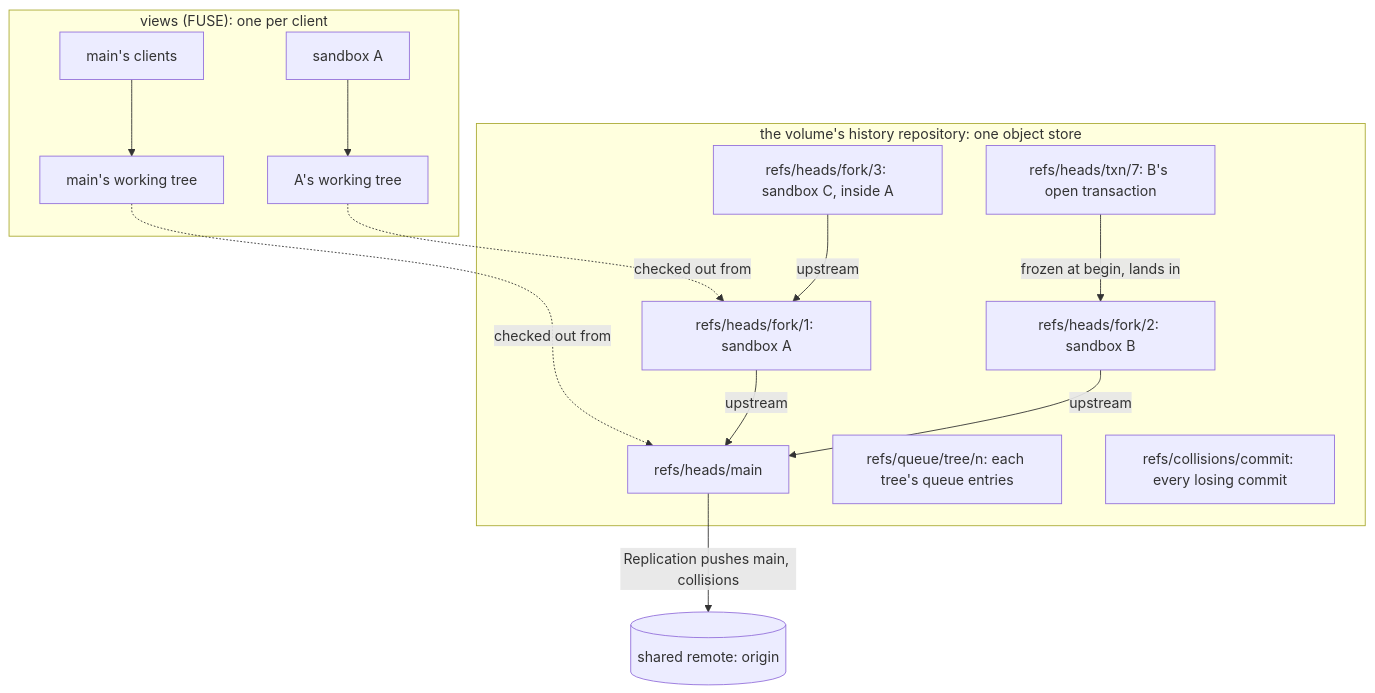
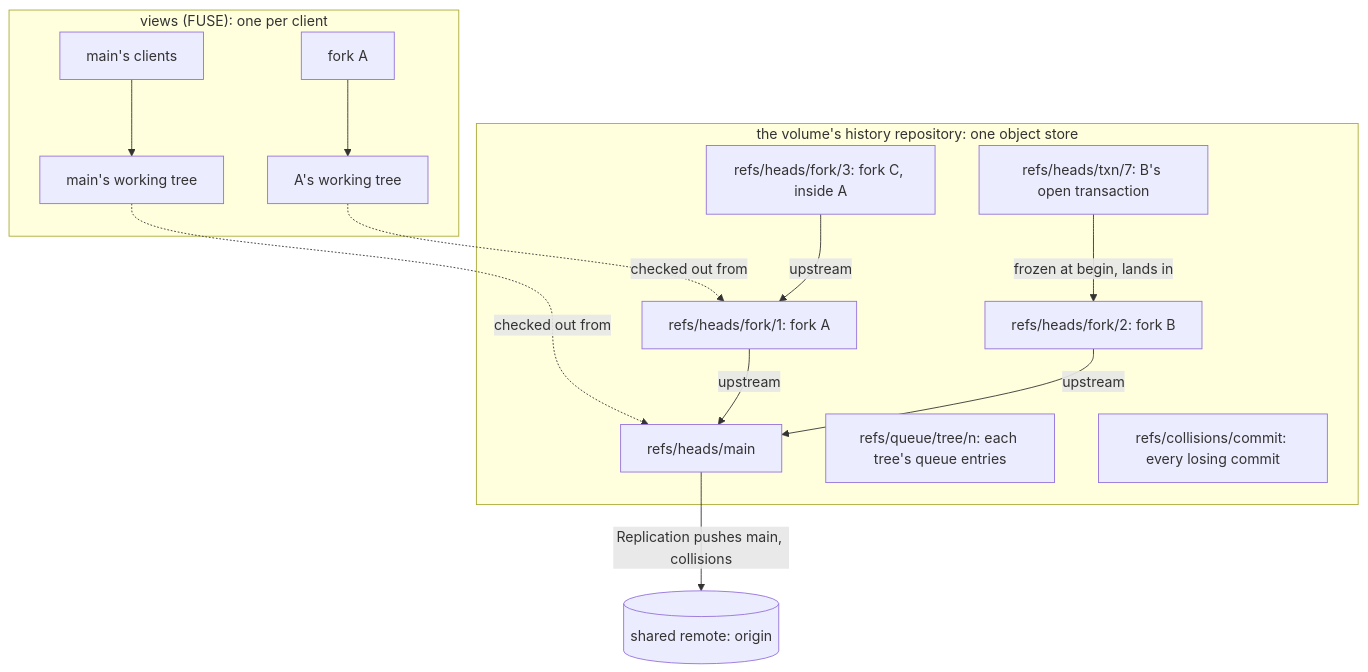
Before and after one commit to mcurcio/agentfs: the first of 7 diagrams in docs/target-architecture/git-model.md, drawn with Mermaid. The commit also changed other lines of this file and 25 other files, not shown here.

First line of the commit message:
docs(target-architecture): use upstream/fork and record owner answers

````diff
--- a/docs/target-architecture/git-model.md
+++ b/docs/target-architecture/git-model.md
@@ -45,23 +45,23 @@
 ```mermaid
 flowchart TB
   subgraph R["the volume's history repository: one object store"]
     M["refs/heads/main"]
-    F1["refs/heads/fork/1: sandbox A"]
-    F2["refs/heads/fork/2: sandbox B"]
-    F3["refs/heads/fork/3: sandbox C, inside A"]
+    F1["refs/heads/fork/1: fork A"]
+    F2["refs/heads/fork/2: fork B"]
+    F3["refs/heads/fork/3: fork C, inside A"]
     T7["refs/heads/txn/7: B's open transaction"]
     Q["refs/queue/tree/n: each tree's queue entries"]
     X["refs/collisions/commit: every losing commit"]
   end
   F1 -- "upstream" --> M
   F2 -- "upstream" --> M
   F3 -- "upstream" --> F1
   T7 -- "frozen at begin, lands in" --> F2
   M -- "Replication pushes main, collisions" --> O[("shared remote: origin")]
   subgraph V["views (FUSE): one per client"]
     VM["main's clients"] --> WM["main's working tree"]
-    VA["sandbox A"] --> WA["A's working tree"]
+    VA["fork A"] --> WA["A's working tree"]
   end
   WM -. "checked out from" .-> M
   WA -. "checked out from" .-> F1
 ```
````
